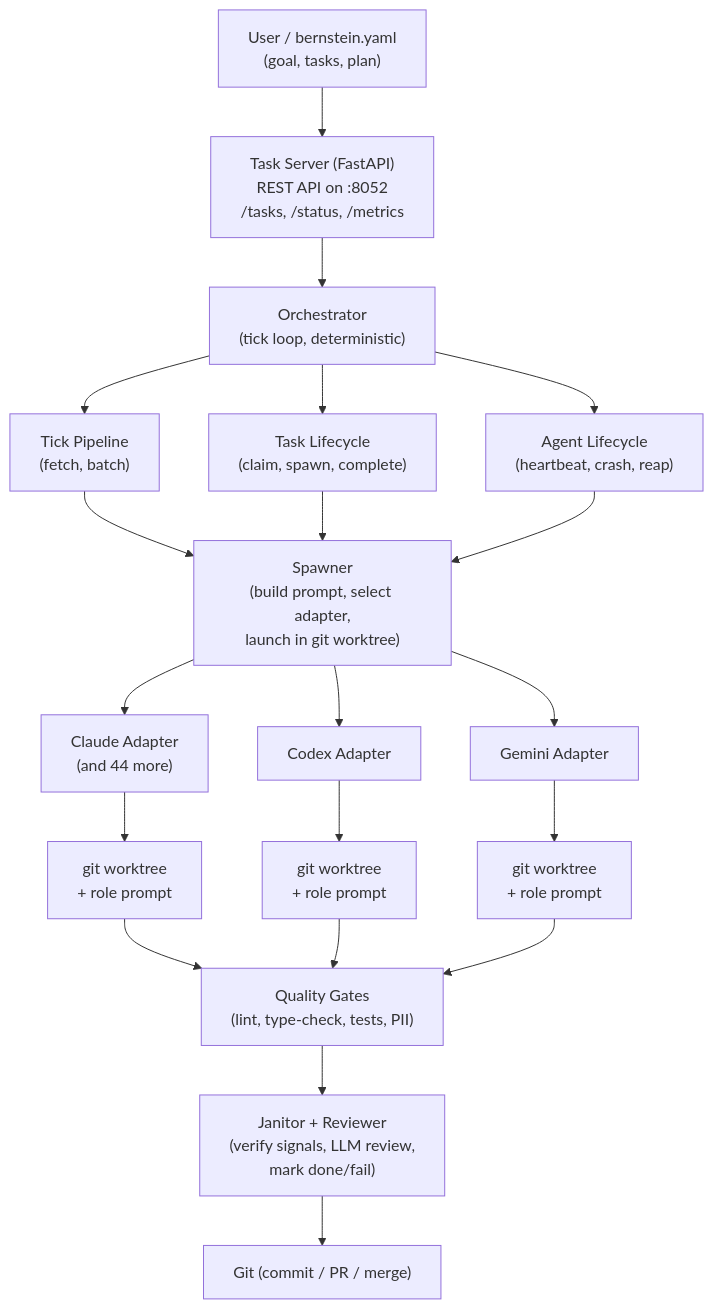
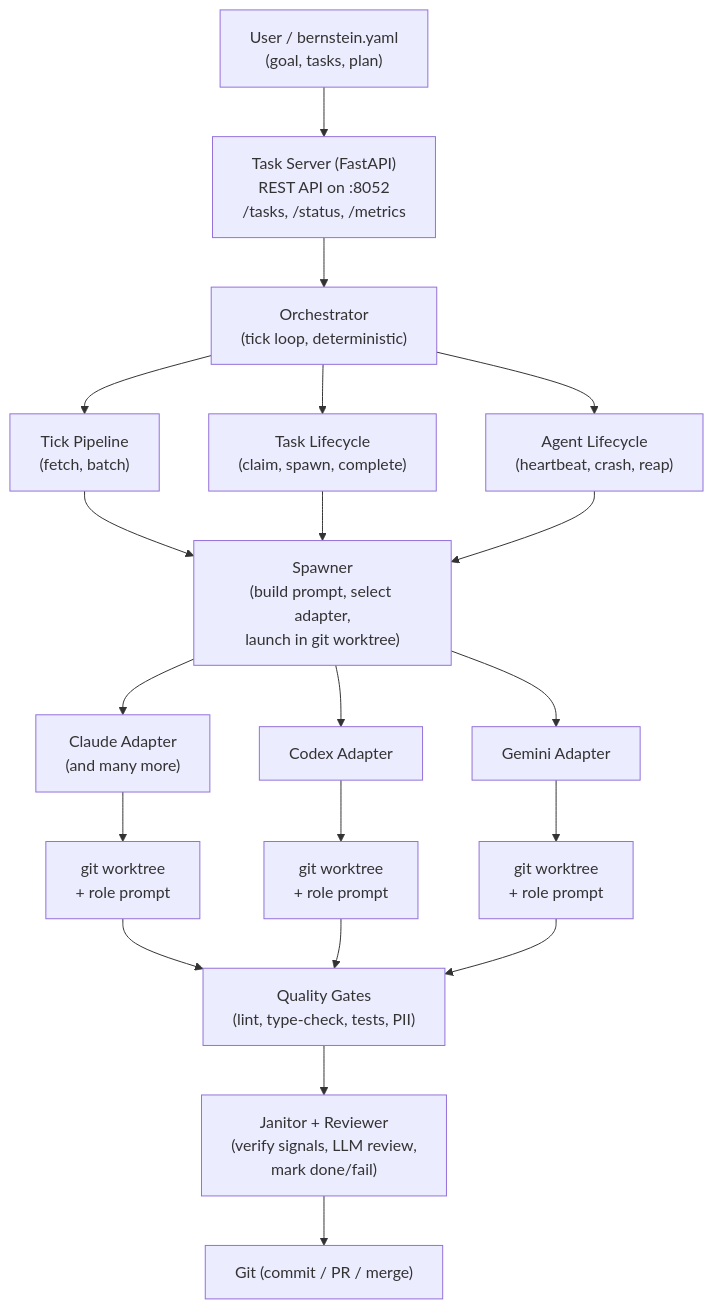
One commit to AlvaroBalbin/bernstein changed the diagram in docs/architecture/ARCHITECTURE.md. Above: the diagram before and after it, drawn with Mermaid. The commit also changed other lines of this file and 50 other files, not shown here.

````diff
--- a/docs/architecture/ARCHITECTURE.md
+++ b/docs/architecture/ARCHITECTURE.md
@@ -13,28 +13,28 @@
 ```mermaid
 graph TD
     User["User / bernstein.yaml\n(goal, tasks, plan)"]
     TaskServer["Task Server (FastAPI)\nREST API on :8052\n/tasks, /status, /metrics"]
     Orch["Orchestrator\n(tick loop, deterministic)"]
     TP["Tick Pipeline\n(fetch, batch)"]
     TL["Task Lifecycle\n(claim, spawn, complete)"]
     AL["Agent Lifecycle\n(heartbeat, crash, reap)"]
     Spawner["Spawner\n(build prompt, select adapter,\nlaunch in git worktree)"]
-    Claude["Claude Adapter\n(and 44 more)"]
+    Claude["Claude Adapter\n(and many more)"]
     Codex["Codex Adapter"]
     Gemini["Gemini Adapter"]
     WT1["git worktree\n+ role prompt"]
     WT2["git worktree\n+ role prompt"]
     WT3["git worktree\n+ role prompt"]
     QG["Quality Gates\n(lint, type-check, tests, PII)"]
     Janitor["Janitor + Reviewer\n(verify signals, LLM review,\nmark done/fail)"]
     Git["Git (commit / PR / merge)"]
 
     User --> TaskServer --> Orch
     Orch --> TP & TL & AL
     TP & TL & AL --> Spawner
     Spawner --> Claude & Codex & Gemini
     Claude --> WT1
     Codex --> WT2
     Gemini --> WT3
     WT1 & WT2 & WT3 --> QG --> Janitor --> Git
 ```
````
